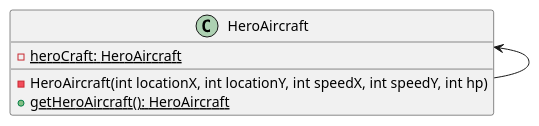
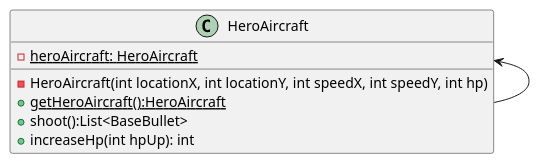
One commit to Jin-zd/AircraftWar changed the diagram in uml/SingleHeroAircraft.puml. Above: the diagram before and after it, drawn with PlantUML. The commit also changed 15 other files, not shown here.

```diff
--- a/uml/SingleHeroAircraft.puml
+++ b/uml/SingleHeroAircraft.puml
@@ -1,14 +1,15 @@
 @startuml
 'https://plantuml.com/sequence-diagram
 
 class HeroAircraft {
-    - {static} heroCraft: HeroAircraft
-
+    - {static} heroAircraft: HeroAircraft
     - HeroAircraft(int locationX, int locationY, int speedX, int speedY, int hp)
-    + {static} getHeroAircraft(): HeroAircraft
+    + {static} getHeroAircraft():HeroAircraft
+    + shoot():List<BaseBullet>
+    + increaseHp(int hpUp): int
 }
 
 HeroAircraft <-- HeroAircraft
 
 
 @enduml
```
